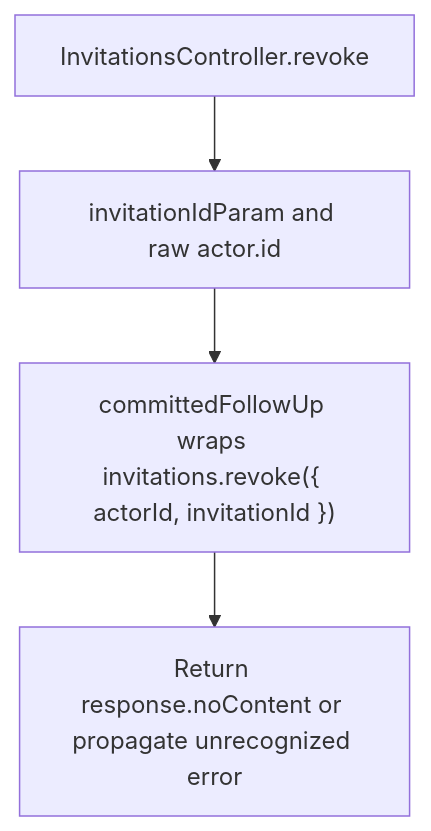
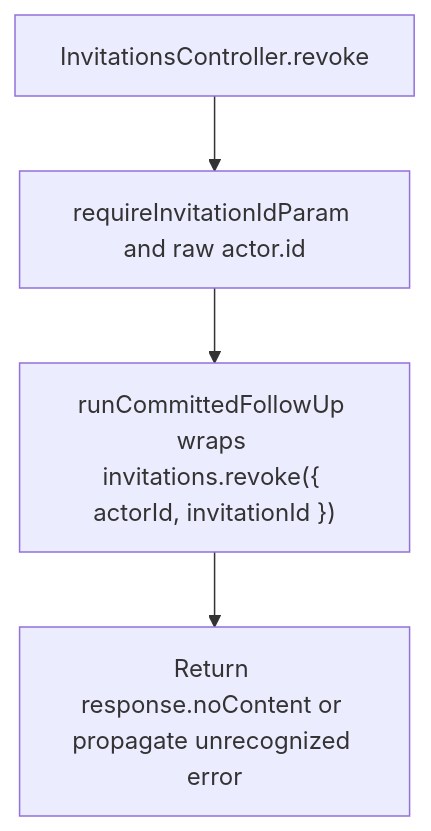
Before and after one commit to Kevinjohn/oss-adonisjs-starter-examples: the second of 2 diagrams in user-stories/api/us-api-13-revoke-invitation.md, drawn with Mermaid. The commit also changed other lines of this file and 27 other files, not shown here.

````diff
--- a/user-stories/api/us-api-13-revoke-invitation.md
+++ b/user-stories/api/us-api-13-revoke-invitation.md
@@ -32,6 +32,6 @@
 ```mermaid
 flowchart TD
-    A["InvitationsController.revoke"] --> B["invitationIdParam and raw actor.id"]
-    B --> C["committedFollowUp wraps invitations.revoke({ actorId, invitationId })"]
+    A["InvitationsController.revoke"] --> B["requireInvitationIdParam and raw actor.id"]
+    B --> C["runCommittedFollowUp wraps invitations.revoke({ actorId, invitationId })"]
     C --> D["Return response.noContent or propagate unrecognized error"]
 ```
````
